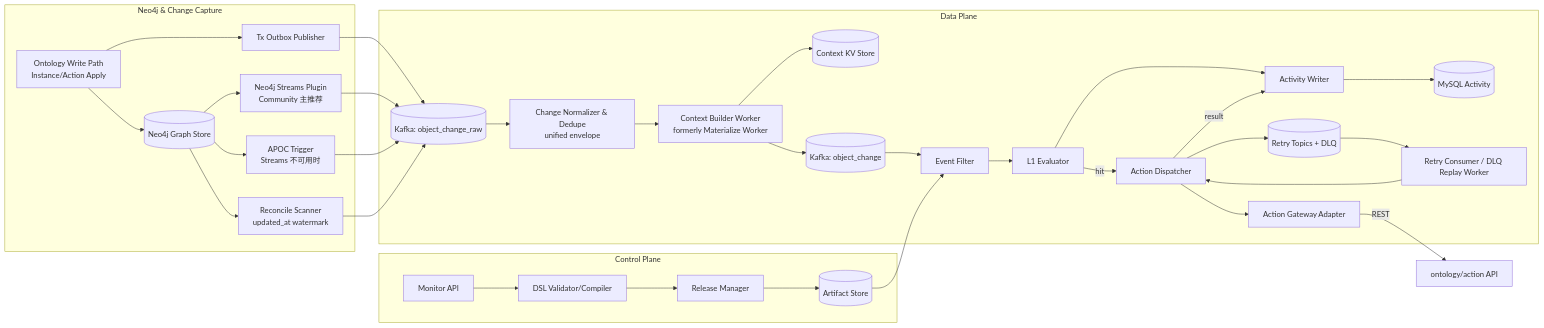
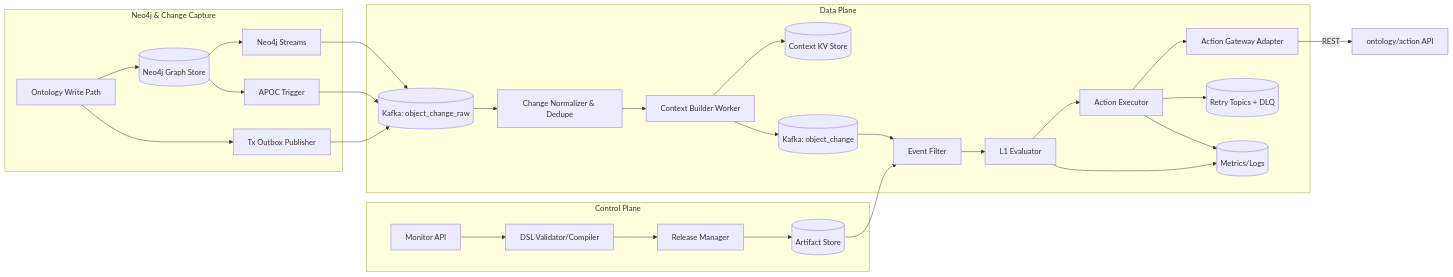
The diagram in docs/object_monitor/object_monitor_design_phase1.md (littleDrew/ontology), drawn with Mermaid before and after one commit. The commit also changed other lines of this file, not shown here.

````diff
--- a/docs/object_monitor/object_monitor_design_phase1.md
+++ b/docs/object_monitor/object_monitor_design_phase1.md
@@ -298,53 +52,46 @@
 ```mermaid
 graph LR
     subgraph CP[Control Plane]
       A1[Monitor API]
       A2[DSL Validator/Compiler]
       A3[Release Manager]
       A4[(Artifact Store)]
     end
 
     subgraph NP[Neo4j & Change Capture]
       N1[(Neo4j Graph Store)]
-      N2[Ontology Write Path
-Instance/Action Apply]
-      N3[Neo4j Streams Plugin<br/>Community 主推荐]
-      N31[APOC Trigger<br/>Streams 不可用时]
-      N32[Reconcile Scanner
-updated_at watermark]
+      N2[Ontology Write Path]
+      N3[Neo4j Streams]
+      N31[APOC Trigger]
       N4[Tx Outbox Publisher]
     end
 
     subgraph DP[Data Plane]
       B1[(Kafka: object_change_raw)]
-      B11[Change Normalizer & Dedupe
-unified envelope]
-      B2[Context Builder Worker
-formerly Materialize Worker]
+      B11[Change Normalizer & Dedupe]
+      B2[Context Builder Worker]
       B3[(Context KV Store)]
       B4[(Kafka: object_change)]
       B5[Event Filter]
       B6[L1 Evaluator]
-      B7[Activity Writer]
-      B8[(MySQL Activity)]
-      B9[Action Dispatcher]
+      B9[Action Executor]
       B10[(Retry Topics + DLQ)]
-      B12[Retry Consumer / DLQ Replay Worker]
       B13[Action Gateway Adapter]
+      B15[(Metrics/Logs)]
     end
 
     A1 --> A2 --> A3 --> A4
 
     N2 --> N1
     N2 --> N4 --> B1
     N1 --> N3 --> B1
     N1 --> N31 --> B1
-    N1 --> N32 --> B1
+
     B1 --> B11 --> B2 --> B3
-    B2 --> B4 --> B5 --> B6 --> B7 --> B8
+    B2 --> B4 --> B5 --> B6 --> B9 --> B13 -->|REST| ACT[ontology/action API]
+    B9 --> B10
 
     A4 --> B5
-    B6 -->|hit| B9 --> B13 -->|REST| ACT[ontology/action API]
-    B9 --> B10 --> B12 --> B9
-    B9 -->|result| B7
+    B6 --> B15
+    B9 --> B15
 ```
````
